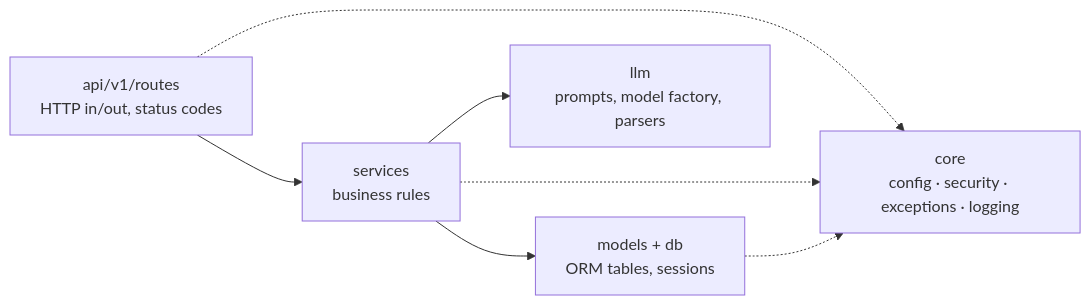
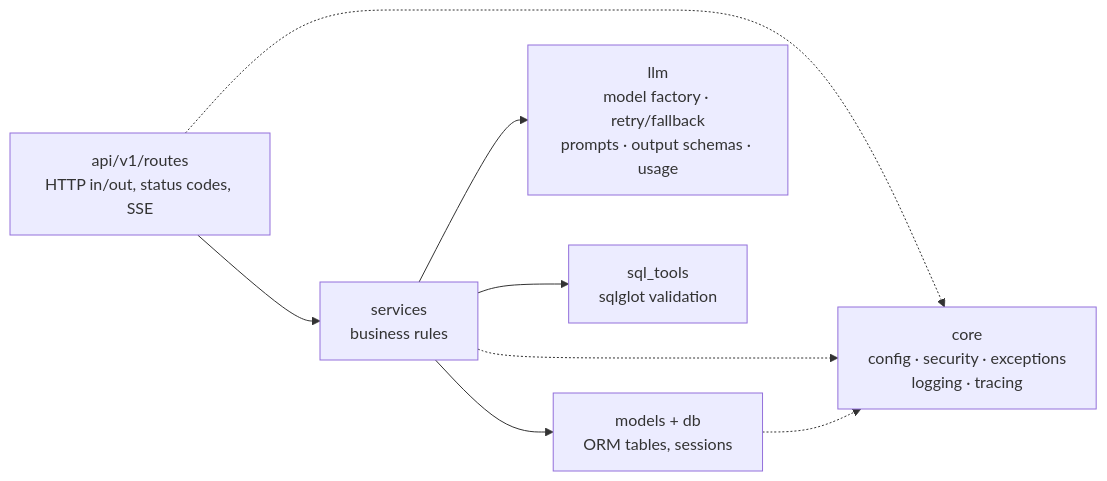
The second of 9 diagrams in README.md (TanmayDeshpande29/AI-powered-SQL-Assistant), drawn with Mermaid before and after one commit. The commit also changed other lines of this file and 35 other files, not shown here.

First line of the commit message:
Phase 1: LLM layer (structured output, validation, streaming, cost, resilience)

````diff
--- a/README.md
+++ b/README.md
@@ -85,9 +85,10 @@
 ```mermaid
 flowchart LR
-    R["api/v1/routes<br/>HTTP in/out, status codes"] --> S["services<br/>business rules"]
+    R["api/v1/routes<br/>HTTP in/out, status codes, SSE"] --> S["services<br/>business rules"]
     S --> M["models + db<br/>ORM tables, sessions"]
-    S --> L["llm<br/>prompts, model factory, parsers"]
-    R -.-> C["core<br/>config · security · exceptions · logging"]
+    S --> L["llm<br/>model factory · retry/fallback<br/>prompts · output schemas · usage"]
+    S --> T["sql_tools<br/>sqlglot validation"]
+    R -.-> C["core<br/>config · security · exceptions<br/>logging · tracing"]
     S -.-> C
     M -.-> C
 ```
````
